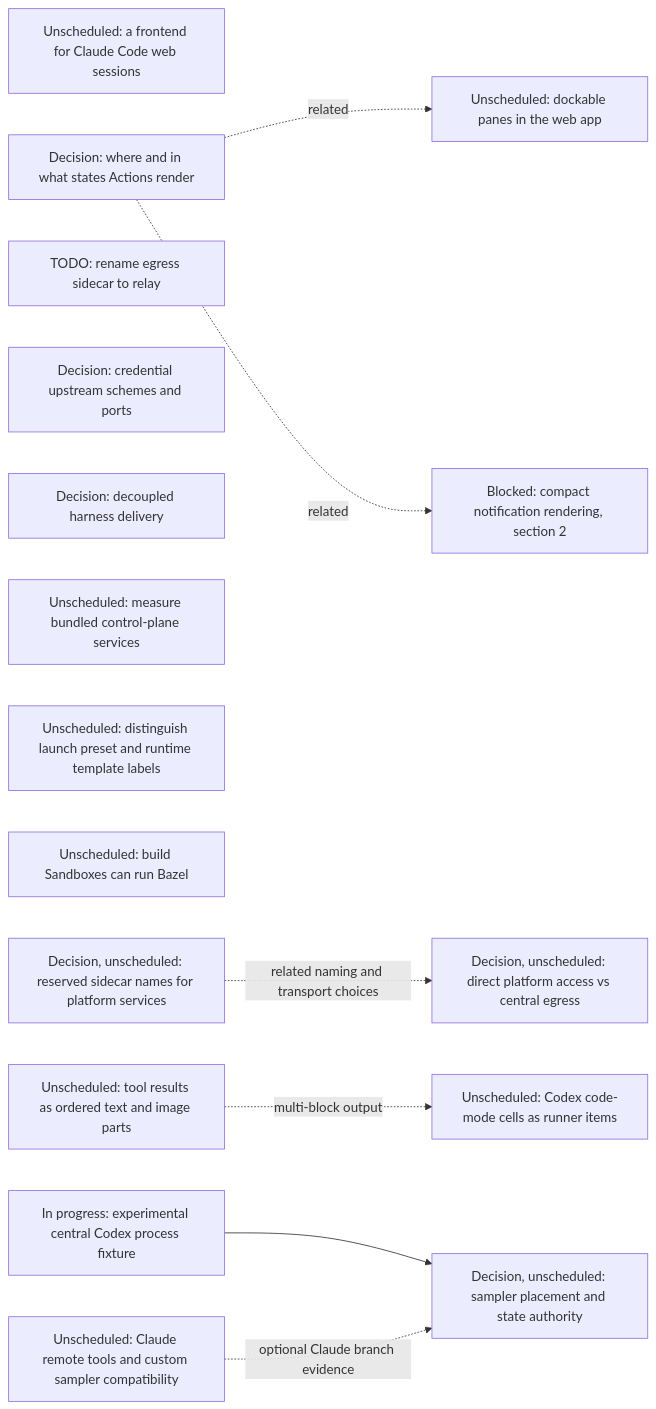
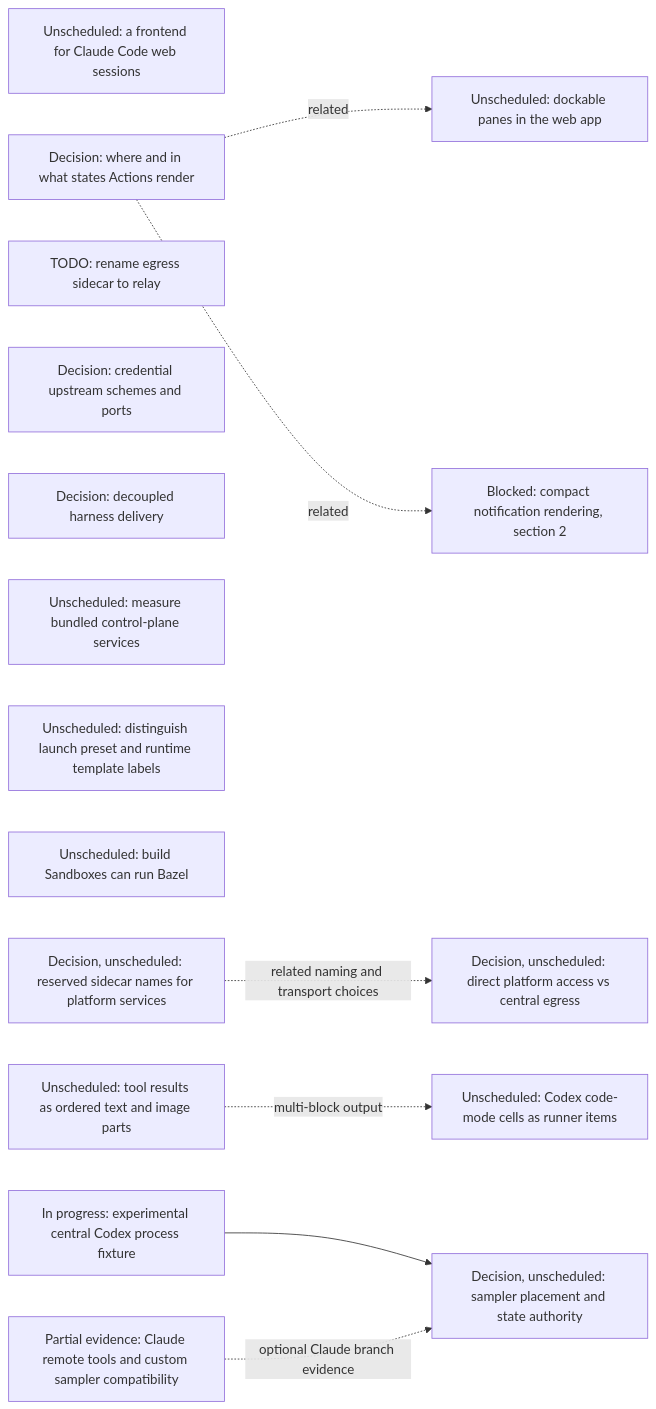
The eighth of 20 diagrams in agentplane/plans/task_dag.md (agentydragon-agent/ducktape), drawn with Mermaid before and after one commit. The commit also changed other lines of this file and 8 other files, not shown here.

Commit message:
agentplane: experiment with a custom Claude Messages sampler

````diff
--- a/agentplane/plans/task_dag.md
+++ b/agentplane/plans/task_dag.md
@@ -597,24 +597,24 @@
 ```mermaid
 flowchart LR
     CLAUDE_CODE_WEB_BRIDGE[Unscheduled: a frontend for Claude Code web sessions]
     ACTION_SURFACES_DESIGN[Decision: where and in what states Actions render]
     EGRESS_RELAY_RENAME[TODO: rename egress sidecar to relay]
     EGRESS_CREDENTIAL_TRANSPORT_DESIGN[Decision: credential upstream schemes and ports]
     RUNNER_HARNESS_DELIVERY_DESIGN[Decision: decoupled harness delivery]
     K3S_BUNDLED_SERVICES_SPIKE[Unscheduled: measure bundled control-plane services]
     DOCKABLE_PANES[Unscheduled: dockable panes in the web app]
     ACTION_SURFACES_DESIGN -. related .-> DOCKABLE_PANES
     NOTIFICATION_PRESENTATION[Blocked: compact notification rendering, section 2]
     ACTION_SURFACES_DESIGN -. related .-> NOTIFICATION_PRESENTATION
     SANDBOX_FORM_TERMINOLOGY[Unscheduled: distinguish launch preset and runtime template labels]
     BUILD_BOX_BAZEL[Unscheduled: build Sandboxes can run Bazel]
     PLATFORM_SERVICE_NAMES_DESIGN[Decision, unscheduled: reserved sidecar names for platform services]
     PLATFORM_SERVICE_ROUTING_DESIGN[Decision, unscheduled: direct platform access vs central egress]
     PLATFORM_SERVICE_NAMES_DESIGN -. related naming and transport choices .-> PLATFORM_SERVICE_ROUTING_DESIGN
     STRUCTURED_TOOL_OUTPUT[Unscheduled: tool results as ordered text and image parts]
     STRUCTURED_TOOL_OUTPUT -. multi-block output .-> CODEX_CODE_MODE_CELLS[Unscheduled: Codex code-mode cells as runner items]
     CENTRAL_CODEX_SPIKE[In progress: experimental central Codex process fixture]
     CENTRAL_CODEX_SPIKE --> HARNESS_PLACEMENT_DESIGN[Decision, unscheduled: sampler placement and state authority]
-    CLAUDE_REMOTE_EXECUTION_SPIKE[Unscheduled: Claude remote tools and custom sampler compatibility]
+    CLAUDE_REMOTE_EXECUTION_SPIKE[Partial evidence: Claude remote tools and custom sampler compatibility]
     CLAUDE_REMOTE_EXECUTION_SPIKE -. optional Claude branch evidence .-> HARNESS_PLACEMENT_DESIGN
 ```
````
